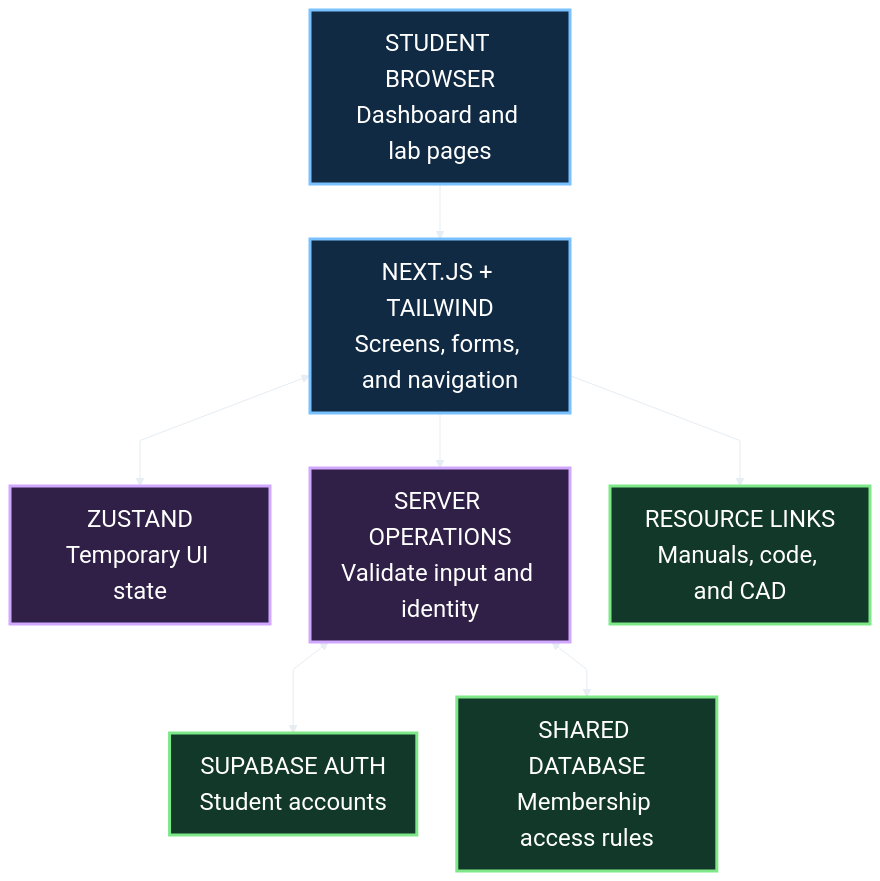
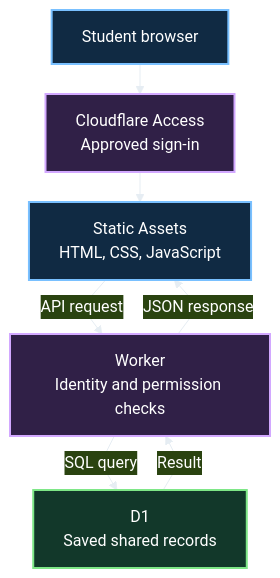
Before and after one commit to yumnasiddqui/Project-Sprint-Lab-Report-Buddy: the second of 5 diagrams in PLAN.md, drawn with Mermaid. The commit also changed other lines of this file, not shown here.

Commit message:
Revise LabBuddy plan for Cloudflare and team coursework

````diff
--- a/PLAN.md
+++ b/PLAN.md
@@ -86,25 +118,18 @@
 ```mermaid
-%%{init: {"theme":"base","themeVariables":{"background":"#0D1117","primaryColor":"#102A43","primaryTextColor":"#FFFFFF","primaryBorderColor":"#58A6FF","lineColor":"#E6EDF3","fontSize":"24px","fontFamily":"Arial"},"flowchart":{"htmlLabels":true,"curve":"linear","nodeSpacing":40,"rankSpacing":55}}}%%
+%%{init: {"theme":"base","themeVariables":{"background":"#0D1117","primaryColor":"#102A43","primaryTextColor":"#FFFFFF","primaryBorderColor":"#79C0FF","lineColor":"#E6EDF3","fontSize":"16px","fontFamily":"Arial"},"flowchart":{"htmlLabels":true,"curve":"linear","nodeSpacing":25,"rankSpacing":30}}}%%
 flowchart TD
-    accTitle: Proposed LabBuddy architecture
-    accDescr: Students use a Next.js interface. Zustand holds temporary UI state. Server operations verify identity and workspace membership before reading or writing shared data. Resource links lead to external files.
-    A["STUDENT BROWSER<br/>Dashboard and lab pages"]
-    B["NEXT.JS + TAILWIND<br/>Screens, forms, and navigation"]
-    C["ZUSTAND<br/>Temporary UI state"]
-    D["SERVER OPERATIONS<br/>Validate input and identity"]
-    E["SUPABASE AUTH<br/>Student accounts"]
-    F["SHARED DATABASE<br/>Membership access rules"]
-    G["RESOURCE LINKS<br/>Manuals, code, and CAD"]
-    A --> B
-    B <--> C
-    B --> D
-    D <--> E
-    D <--> F
-    B --> G
-    classDef blue fill:#102A43,stroke:#79C0FF,color:#FFFFFF,stroke-width:3px;
-    classDef purple fill:#302047,stroke:#D2A8FF,color:#FFFFFF,stroke-width:3px;
-    classDef green fill:#12382A,stroke:#7EE787,color:#FFFFFF,stroke-width:3px;
-    class A,B blue;
-    class C,D purple;
-    class E,F,G green;
+    accTitle: Cloudflare architecture
+    accDescr: Access protects the app. Static Assets serves the interface, and the Worker checks identity and membership before querying D1.
+    A["Student browser"] --> B["Cloudflare Access<br/>Approved sign-in"]
+    B --> C["Static Assets<br/>HTML, CSS, JavaScript"]
+    C -->|"API request"| D["Worker<br/>Identity and permission checks"]
+    D -->|"SQL query"| E["D1<br/>Saved shared records"]
+    E -->|"Result"| D
+    D -->|"JSON response"| C
+    classDef blue fill:#102A43,stroke:#79C0FF,color:#FFFFFF,stroke-width:2px;
+    classDef purple fill:#302047,stroke:#D2A8FF,color:#FFFFFF,stroke-width:2px;
+    classDef green fill:#12382A,stroke:#7EE787,color:#FFFFFF,stroke-width:2px;
+    class A,C blue;
+    class B,D purple;
+    class E green;
 ```
````
